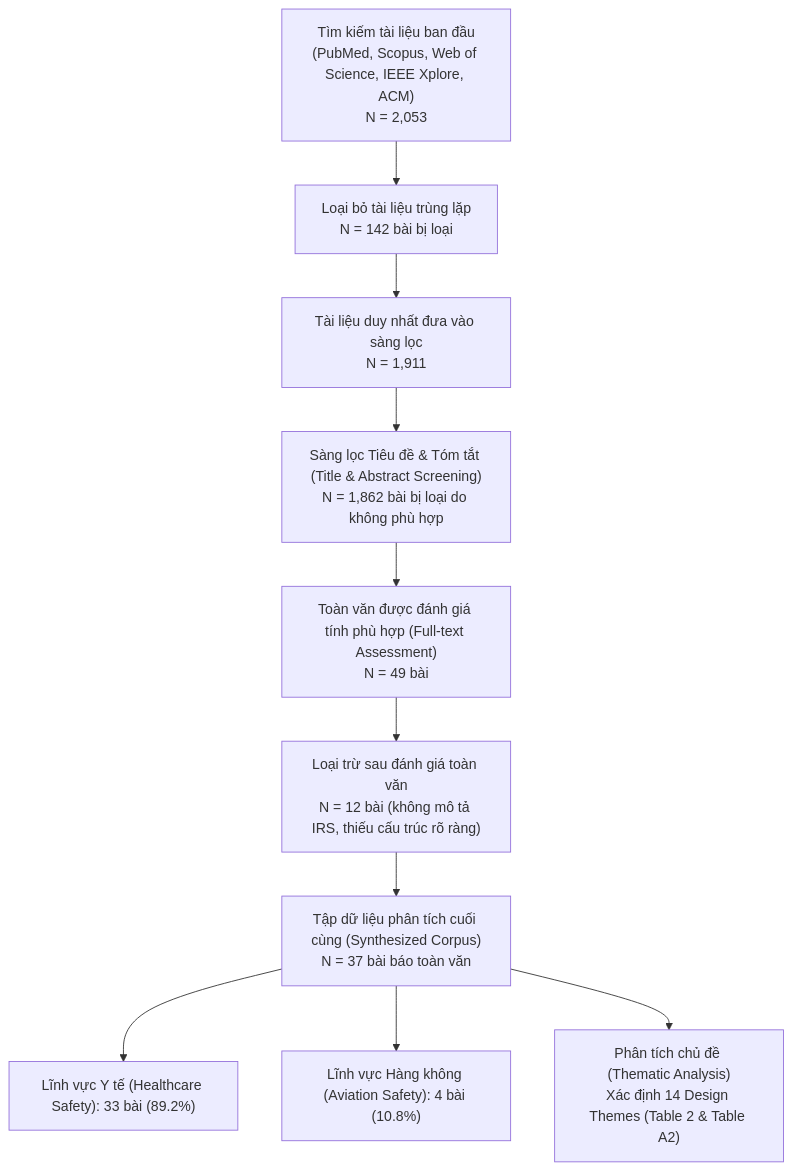
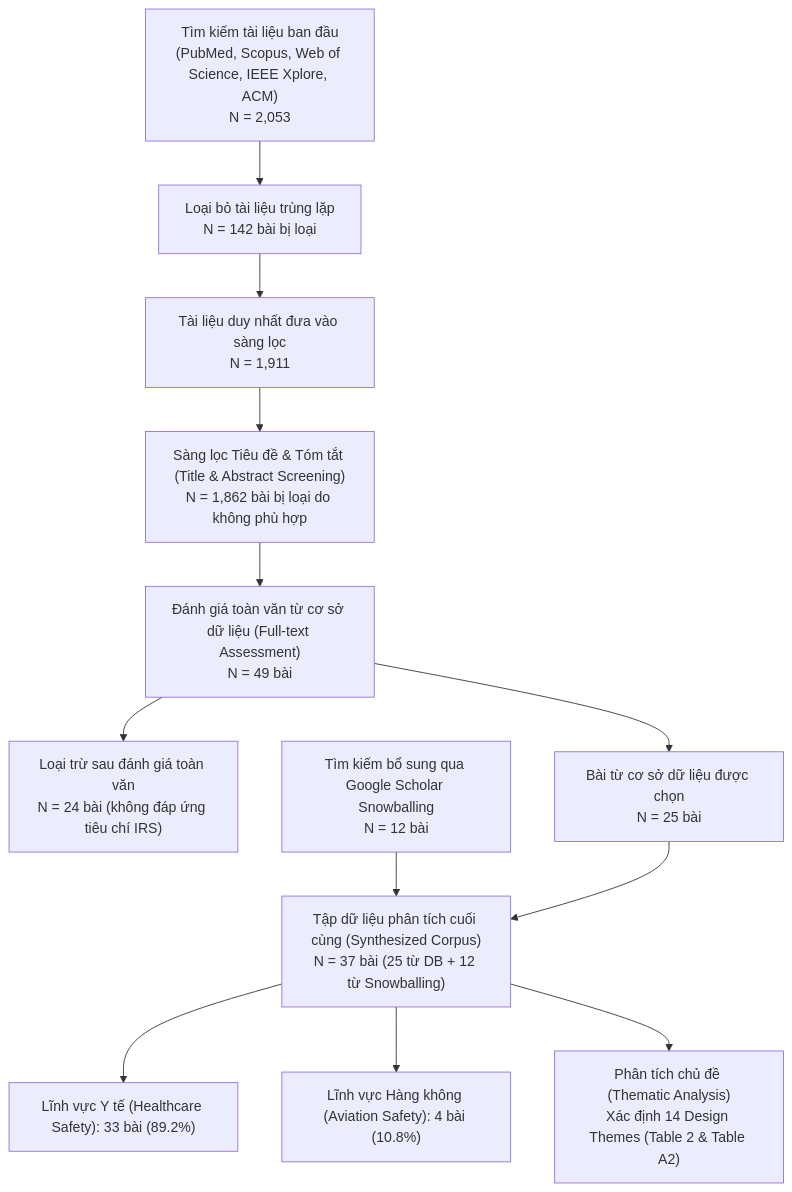
The diagram in docs/phieu_tai_lap_tyaf019.md (wwwwwwmw/BMHTTT), drawn with Mermaid before and after one commit. The commit also changed other lines of this file and 10 other files, not shown here.

Commit message:
fix: correct paper authors/title, PRISMA flow, Table A2 totals, seed variance, and phone regex

````diff
--- a/docs/phieu_tai_lap_tyaf019.md
+++ b/docs/phieu_tai_lap_tyaf019.md
@@ -37,12 +37,14 @@
 ```mermaid
 graph TD
     A["Tìm kiếm tài liệu ban đầu<br/>(PubMed, Scopus, Web of Science, IEEE Xplore, ACM)<br/>N = 2,053"] --> B["Loại bỏ tài liệu trùng lặp<br/>N = 142 bài bị loại"]
     B --> C["Tài liệu duy nhất đưa vào sàng lọc<br/>N = 1,911"]
     C --> D["Sàng lọc Tiêu đề & Tóm tắt (Title & Abstract Screening)<br/>N = 1,862 bài bị loại do không phù hợp"]
-    D --> E["Toàn văn được đánh giá tính phù hợp (Full-text Assessment)<br/>N = 49 bài"]
-    E --> F["Loại trừ sau đánh giá toàn văn<br/>N = 12 bài (không mô tả IRS, thiếu cấu trúc rõ ràng)"]
-    F --> G["Tập dữ liệu phân tích cuối cùng (Synthesized Corpus)<br/>N = 37 bài báo toàn văn"]
-    G --> H["Lĩnh vực Y tế (Healthcare Safety): 33 bài (89.2%)"]
-    G --> I["Lĩnh vực Hàng không (Aviation Safety): 4 bài (10.8%)"]
-    G --> J["Phân tích chủ đề (Thematic Analysis)<br/>Xác định 14 Design Themes (Table 2 & Table A2)"]
+    D --> E["Đánh giá toàn văn từ cơ sở dữ liệu (Full-text Assessment)<br/>N = 49 bài"]
+    E --> F["Loại trừ sau đánh giá toàn văn<br/>N = 24 bài (không đáp ứng tiêu chí IRS)"]
+    E --> G["Bài từ cơ sở dữ liệu được chọn<br/>N = 25 bài"]
+    H["Tìm kiếm bổ sung qua Google Scholar Snowballing<br/>N = 12 bài"] --> I["Tập dữ liệu phân tích cuối cùng (Synthesized Corpus)<br/>N = 37 bài (25 từ DB + 12 từ Snowballing)"]
+    G --> I
+    I --> J["Lĩnh vực Y tế (Healthcare Safety): 33 bài (89.2%)"]
+    I --> K["Lĩnh vực Hàng không (Aviation Safety): 4 bài (10.8%)"]
+    I --> L["Phân tích chủ đề (Thematic Analysis)<br/>Xác định 14 Design Themes (Table 2 & Table A2)"]
 ```
````
